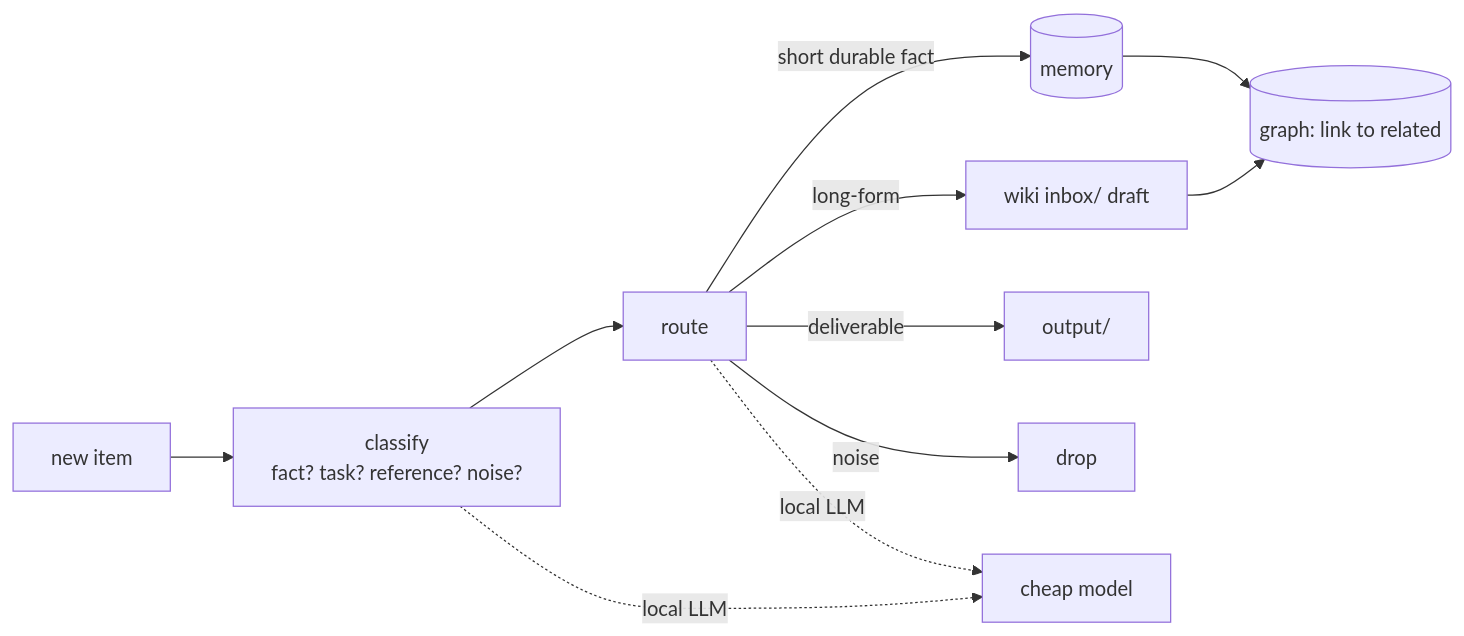
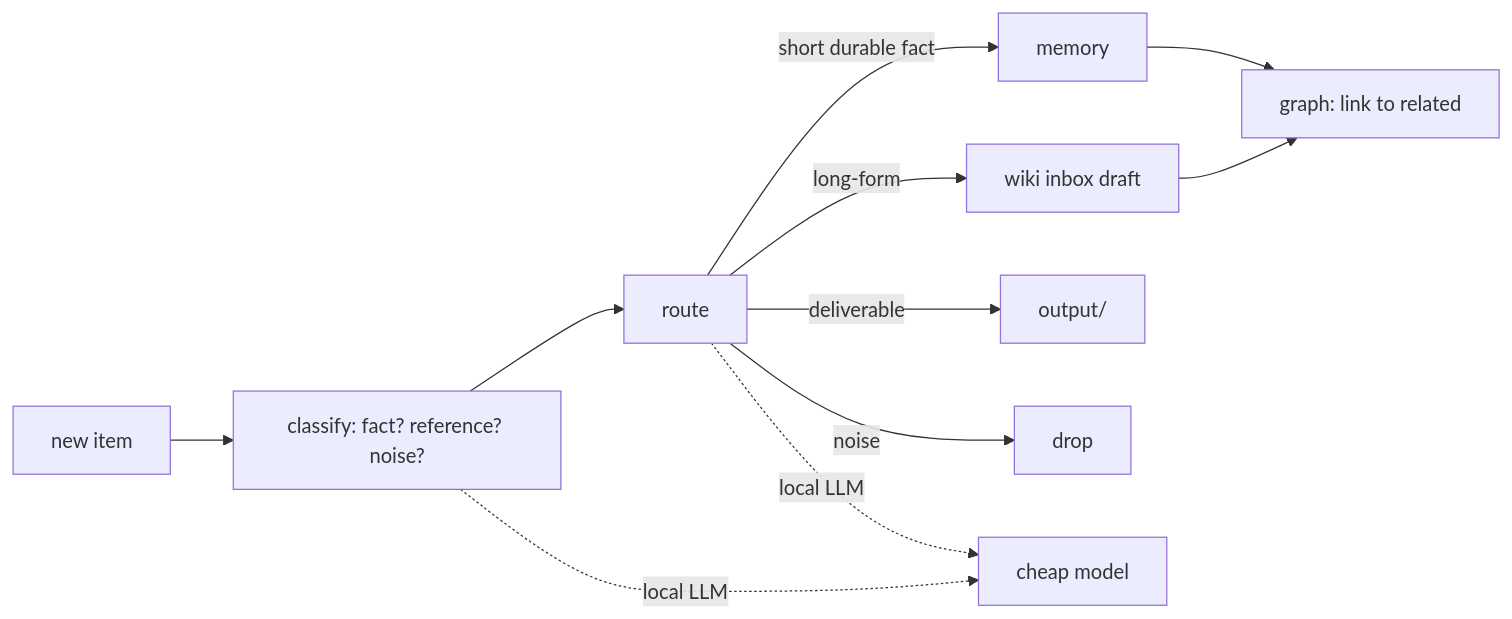
The second of 2 diagrams in docs/AGENTS.md (iracic82/agentic-os-architecture), drawn with Mermaid before and after one commit. The commit also changed other lines of this file and 4 other files, not shown here.

First line of the commit message:
Fix mermaid rendering on GitHub; plainer language, no em-dashes

````diff
--- a/docs/AGENTS.md
+++ b/docs/AGENTS.md
@@ -48,13 +43,13 @@
 ```mermaid
 flowchart LR
-  IN[new item] --> CL[classify<br/>fact? task? reference? noise?]
-  CL --> RO[route]
-  RO -->|short durable fact| MEM[(memory)]
-  RO -->|long-form| INBOX[wiki inbox/ draft]
-  RO -->|deliverable| OUT[output/]
-  RO -->|noise| X[drop]
-  MEM --> GR[(graph: link to related)]
+  IN["new item"] --> CL["classify: fact? reference? noise?"]
+  CL --> RO["route"]
+  RO -->|"short durable fact"| MEM["memory"]
+  RO -->|"long-form"| INBOX["wiki inbox draft"]
+  RO -->|"deliverable"| OUT["output/"]
+  RO -->|"noise"| X["drop"]
+  MEM --> GR["graph: link to related"]
   INBOX --> GR
-  CL -.local LLM.-> LLM[cheap model]
-  RO -.local LLM.-> LLM
+  CL -.->|"local LLM"| LLM["cheap model"]
+  RO -.->|"local LLM"| LLM
 ```
````
